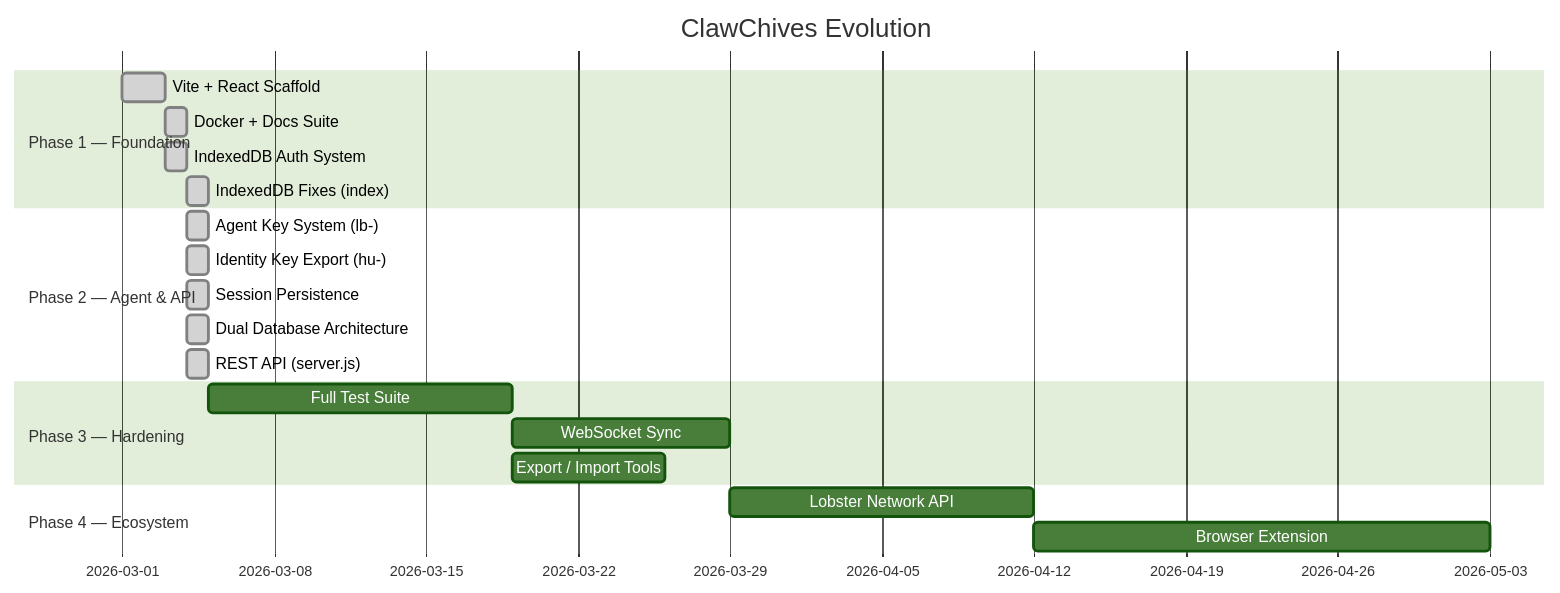
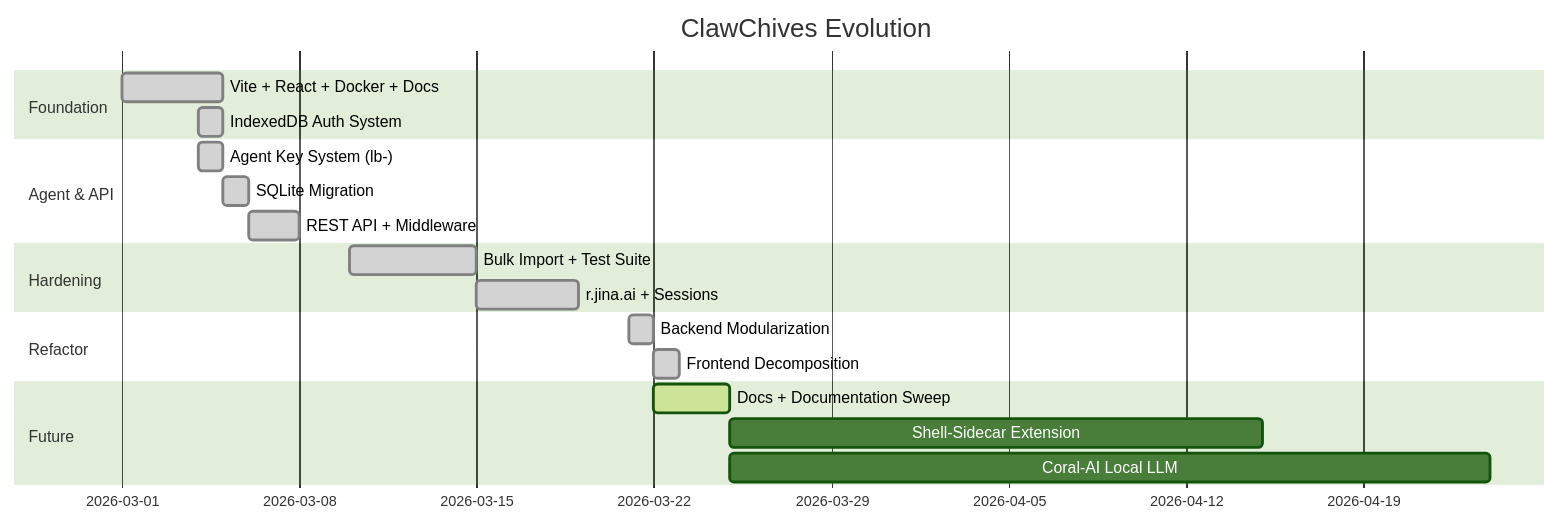
Before and after one commit to ClawStackStudios/ClawChives: the diagram in ROADMAP.md, drawn with Mermaid (forest theme). The commit also changed other lines of this file and 6 other files, not shown here.

````diff
--- a/ROADMAP.md
+++ b/ROADMAP.md
@@ -12,23 +13,22 @@
 ```mermaid
 gantt
     title ClawChives Evolution
     dateFormat  YYYY-MM-DD
-    section Phase 1 — Foundation
-    Vite + React Scaffold       :done,    p1a, 2026-03-01, 2026-03-03
-    Docker + Docs Suite         :done,    p1b, 2026-03-03, 1d
-    IndexedDB Auth System       :done,    p1c, 2026-03-03, 1d
-    IndexedDB Fixes (index)     :done,    p1d, 2026-03-04, 1d
-    section Phase 2 — Agent & API
-    Agent Key System (lb-)      :done,    p2a, 2026-03-04, 1d
-    Identity Key Export (hu-)   :done,    p2b, 2026-03-04, 1d
-    Session Persistence         :done,    p2c, 2026-03-04, 1d
-    Dual Database Architecture  :done,    p2d, 2026-03-04, 1d
-    REST API (server.js)        :done,    p2e, 2026-03-04, 1d
-    section Phase 3 — Hardening
-    Full Test Suite             :         p3a, after p2e, 14d
-    WebSocket Sync              :         p3b, after p3a, 10d
-    Export / Import Tools       :         p3c, after p3a, 7d
-    section Phase 4 — Ecosystem
-    Lobster Network API         :         p4a, after p3b, 14d
-    Browser Extension           :         p4b, after p4a, 21d
+    section Foundation
+    Vite + React + Docker + Docs     :done, p1, 2026-03-01, 4d
+    IndexedDB Auth System            :done, p1b, 2026-03-04, 1d
+    section Agent & API
+    Agent Key System (lb-)           :done, p2a, 2026-03-04, 1d
+    SQLite Migration                 :done, p2b, 2026-03-05, 1d
+    REST API + Middleware             :done, p2c, 2026-03-06, 2d
+    section Hardening
+    Bulk Import + Test Suite         :done, p3a, 2026-03-10, 5d
+    r.jina.ai + Sessions             :done, p3b, 2026-03-15, 4d
+    section Refactor
+    Backend Modularization           :done, p5, 2026-03-21, 1d
+    Frontend Decomposition           :done, p6, 2026-03-22, 1d
+    section Future
+    Docs + Documentation Sweep       :active, p7, 2026-03-22, 3d
+    Shell-Sidecar Extension          :p8, after p7, 21d
+    Coral-AI Local LLM               :p9, after p7, 30d
 ```
````
